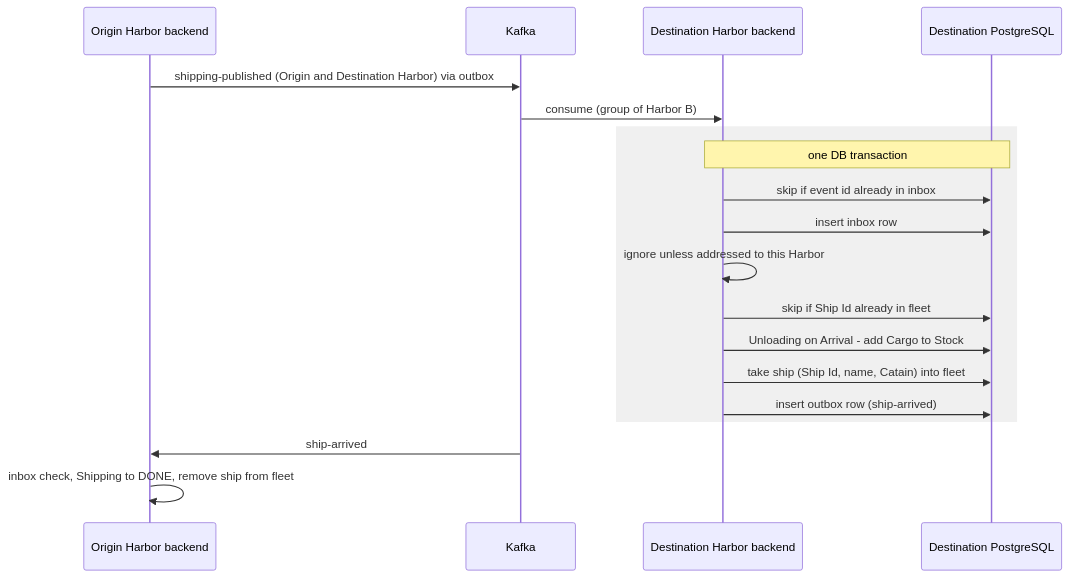
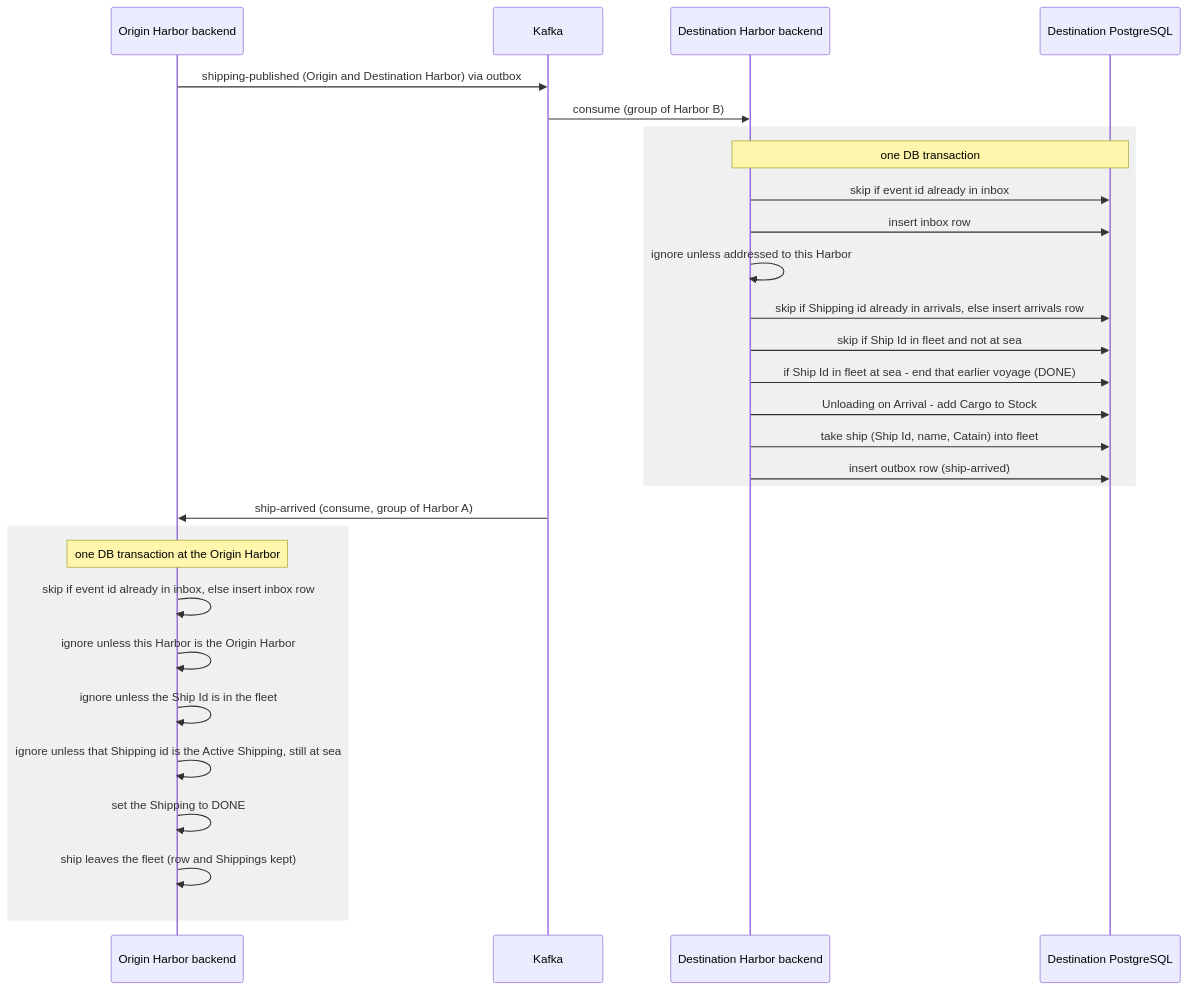
Before and after one commit to maurizio100/ddd-ship: the fourth of 5 diagrams in docs/arc42/06-runtime.md, drawn with Mermaid. The commit also changed other lines of this file and 43 other files, not shown here.

First line of the commit message:
STORY-007: The voyage ends at the Origin Harbor (#237)

````diff
--- a/docs/arc42/06-runtime.md
+++ b/docs/arc42/06-runtime.md
@@ -79,21 +90,31 @@
 ```mermaid
 sequenceDiagram
     participant A as Origin Harbor backend
     participant K as Kafka
     participant B as Destination Harbor backend
     participant DBB as Destination PostgreSQL
     A->>K: shipping-published (Origin and Destination Harbor) via outbox
     K->>B: consume (group of Harbor B)
     rect rgb(240,240,240)
     Note over B,DBB: one DB transaction
     B->>DBB: skip if event id already in inbox
     B->>DBB: insert inbox row
     B->>B: ignore unless addressed to this Harbor
-    B->>DBB: skip if Ship Id already in fleet
+    B->>DBB: skip if Shipping id already in arrivals, else insert arrivals row
+    B->>DBB: skip if Ship Id in fleet and not at sea
+    B->>DBB: if Ship Id in fleet at sea - end that earlier voyage (DONE)
     B->>DBB: Unloading on Arrival - add Cargo to Stock
     B->>DBB: take ship (Ship Id, name, Catain) into fleet
     B->>DBB: insert outbox row (ship-arrived)
     end
-    K->>A: ship-arrived
-    A->>A: inbox check, Shipping to DONE, remove ship from fleet
+    K->>A: ship-arrived (consume, group of Harbor A)
+    rect rgb(240,240,240)
+    Note over A: one DB transaction at the Origin Harbor
+    A->>A: skip if event id already in inbox, else insert inbox row
+    A->>A: ignore unless this Harbor is the Origin Harbor
+    A->>A: ignore unless the Ship Id is in the fleet
+    A->>A: ignore unless that Shipping id is the Active Shipping, still at sea
+    A->>A: set the Shipping to DONE
+    A->>A: ship leaves the fleet (row and Shippings kept)
+    end
 ```
````
